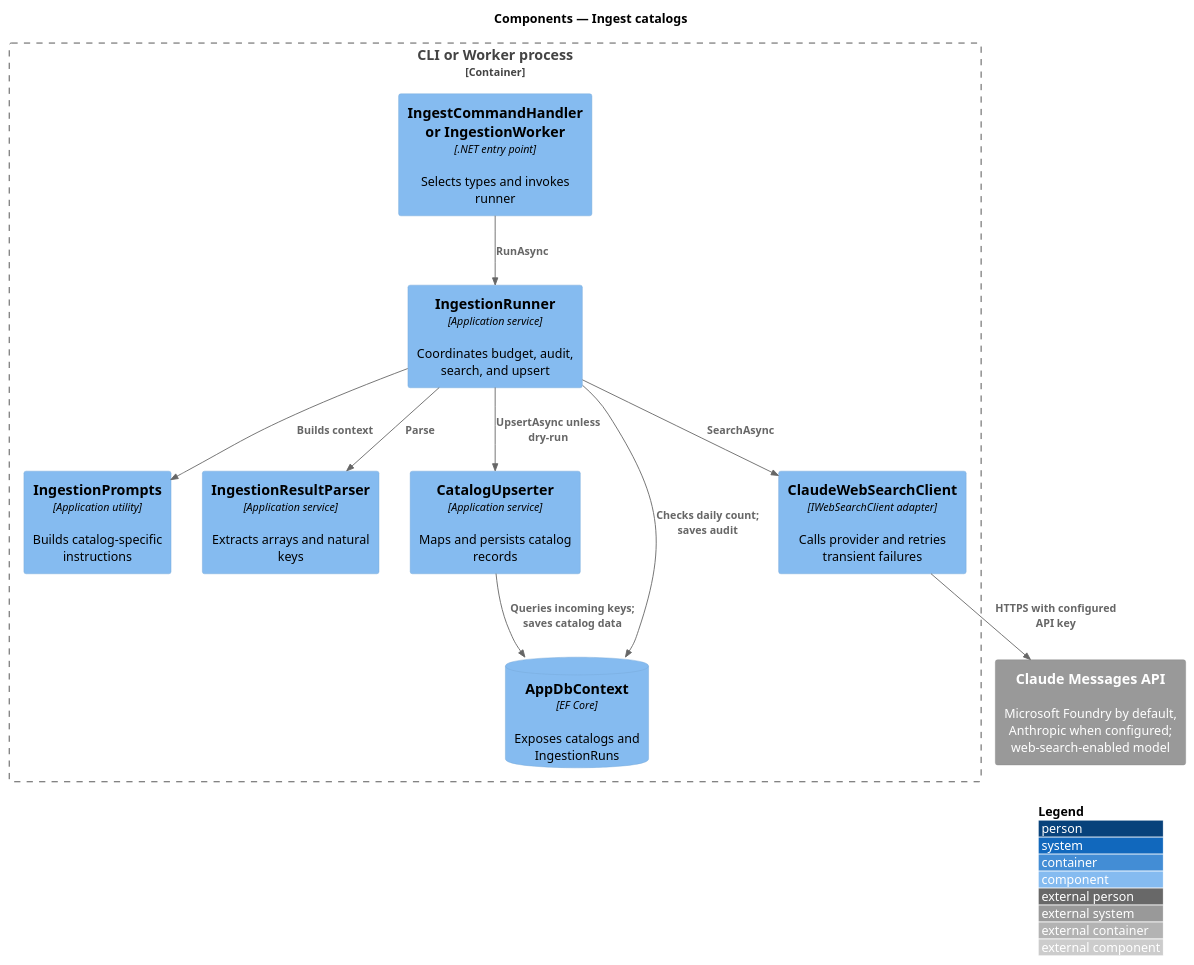
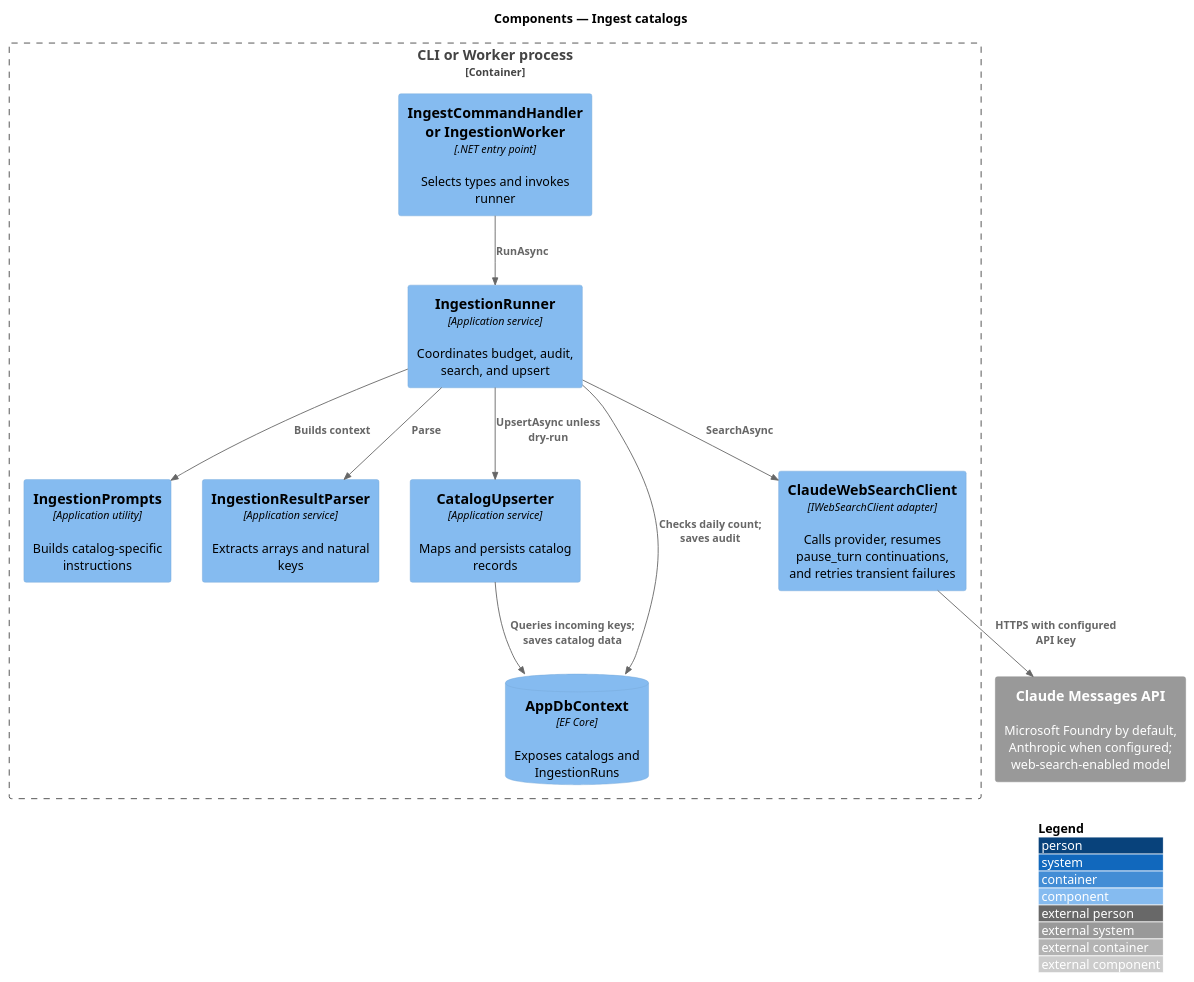
Before and after one commit to QuinntyneBrown/saturdaze: the diagram in docs/detailed-designs/discovery/ingest-catalogs/diagrams/c4-component.puml, drawn with PlantUML. The commit also changed other lines of this file and 2 other files, not shown here.

Commit message:
Document Claude pause_turn continuation flow

```diff
--- a/docs/detailed-designs/discovery/ingest-catalogs/diagrams/c4-component.puml
+++ b/docs/detailed-designs/discovery/ingest-catalogs/diagrams/c4-component.puml
@@ -1,23 +1,23 @@
 @startuml
 !include <C4/C4_Component>
 LAYOUT_WITH_LEGEND()
 title Components — Ingest catalogs
 Container_Boundary(host, "CLI or Worker process") {
  Component(entry, "IngestCommandHandler or IngestionWorker", ".NET entry point", "Selects types and invokes runner")
  Component(runner, "IngestionRunner", "Application service", "Coordinates budget, audit, search, and upsert")
  Component(prompts, "IngestionPrompts", "Application utility", "Builds catalog-specific instructions")
  Component(parser, "IngestionResultParser", "Application service", "Extracts arrays and natural keys")
  Component(upserter, "CatalogUpserter", "Application service", "Maps and persists catalog records")
- Component(client, "ClaudeWebSearchClient", "IWebSearchClient adapter", "Calls provider and retries transient failures")
+ Component(client, "ClaudeWebSearchClient", "IWebSearchClient adapter", "Calls provider, resumes pause_turn continuations, and retries transient failures")
  ComponentDb(db, "AppDbContext", "EF Core", "Exposes catalogs and IngestionRuns")
 }
 System_Ext(provider, "Claude Messages API", "Microsoft Foundry by default, Anthropic when configured; web-search-enabled model")
 Rel(entry, runner, "RunAsync")
 Rel(runner, prompts, "Builds context")
 Rel(runner, db, "Checks daily count; saves audit")
 Rel(runner, client, "SearchAsync")
 Rel(client, provider, "HTTPS with configured API key")
 Rel(runner, parser, "Parse")
 Rel(runner, upserter, "UpsertAsync unless dry-run")
 Rel(upserter, db, "Queries incoming keys; saves catalog data")
 @enduml
```
